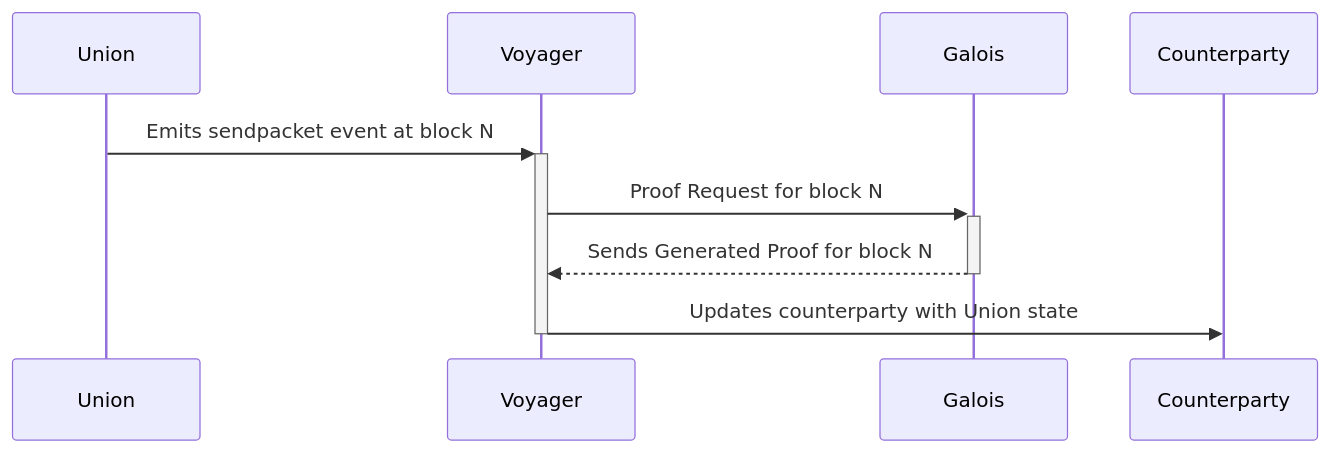
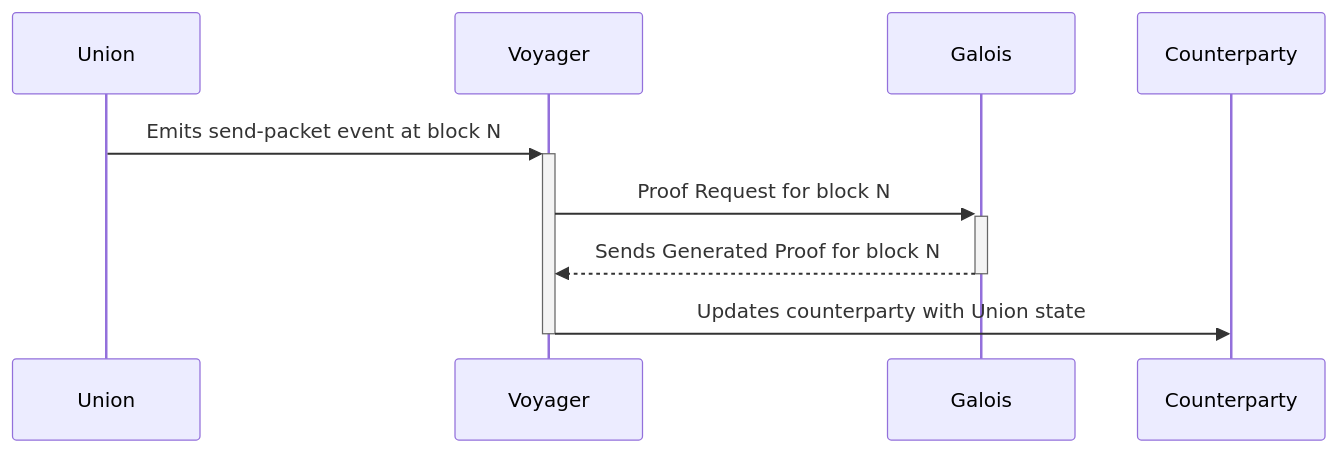
Before and after one commit to unionlabs/union: the diagram in docs/docs/02_architecture/galois.md, drawn with Mermaid. The commit also changed other lines of this file, not shown here.

Commit message:
chore: spelling

````diff
--- a/docs/docs/02_architecture/galois.md
+++ b/docs/docs/02_architecture/galois.md
@@ -21,7 +21,7 @@
 ```mermaid
 sequenceDiagram
-    Union->>+Voyager: Emits sendpacket event at block N
+    Union->>+Voyager: Emits send-packet event at block N
     Voyager->>+Galois: Proof Request for block N
     Galois-->>-Voyager: Sends Generated Proof for block N
     Voyager->>-Counterparty: Updates counterparty with Union state
 ```
````
